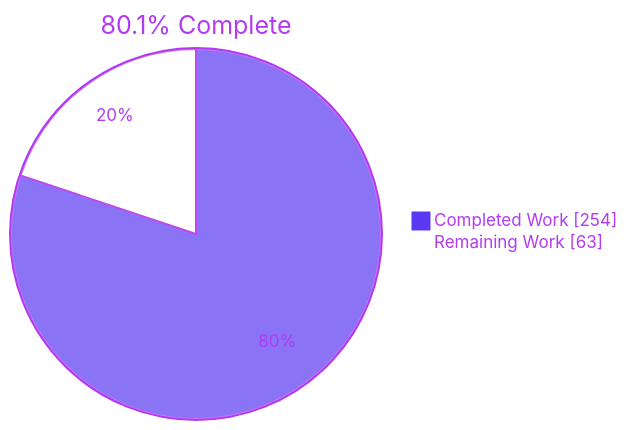
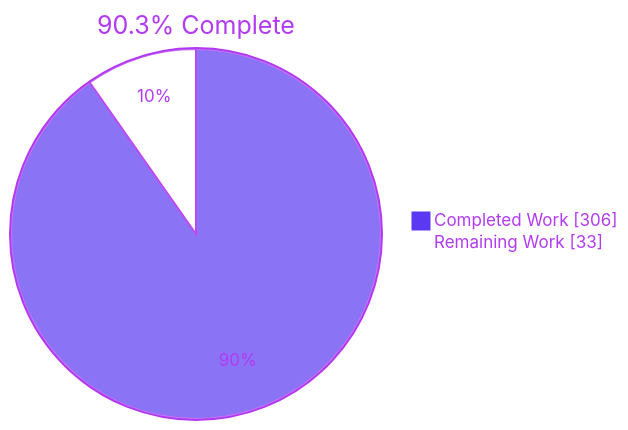
Before and after one commit to blitzy-public-samples/blitzy-VistA-VEHU-M: the first of 3 diagrams in blitzy/documentation/Project Guide - cba44d3a-fb41-4a16-9c11-e135b780df6e.md, drawn with Mermaid. The commit also changed other lines of this file, not shown here.

Commit message:
Adding Blitzy Project Guide: Project Status and Human Tasks Remaining

````diff
--- a/blitzy/documentation/Project Guide - cba44d3a-fb41-4a16-9c11-e135b780df6e.md
+++ b/blitzy/documentation/Project Guide - cba44d3a-fb41-4a16-9c11-e135b780df6e.md
@@ -17,6 +9,6 @@
 ```mermaid
 %%{init: {"theme":"base","themeVariables":{"pie1":"#5B39F3","pie2":"#FFFFFF","pieStrokeColor":"#B23AF2","pieOuterStrokeColor":"#B23AF2","pieSectionTextColor":"#B23AF2","pieTitleTextColor":"#B23AF2","pieLegendTextColor":"#B23AF2"}}}%%
-pie showData title 80.1% Complete
-    "Completed Work" : 254
-    "Remaining Work" : 63
+pie showData title 90.3% Complete
+    "Completed Work" : 306
+    "Remaining Work" : 33
 ```
````
